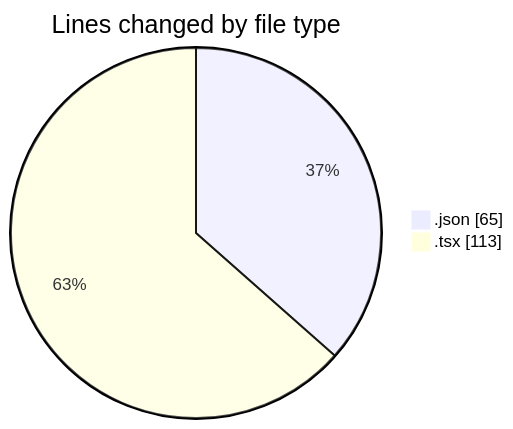
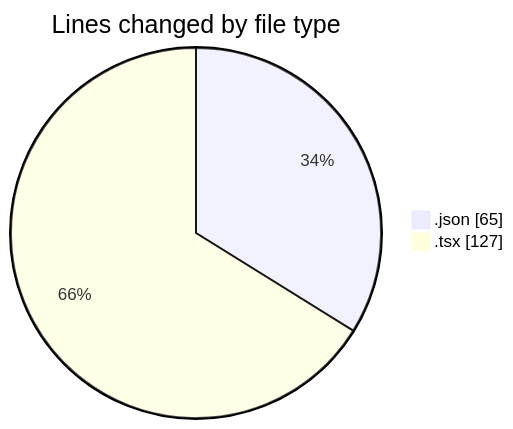
The first of 2 diagrams in 2026-03-24/cda/README.md (momahboobian/code-tracking), drawn with Mermaid before and after one commit. The commit also changed other lines of this file and 1 other file, not shown here.

````diff
--- a/2026-03-24/cda/README.md
+++ b/2026-03-24/cda/README.md
@@ -21,6 +21,6 @@
 ```mermaid
 pie showData
 title Lines changed by file type
 ".json" : 65
-".tsx" : 113
+".tsx" : 127
 ```
````
